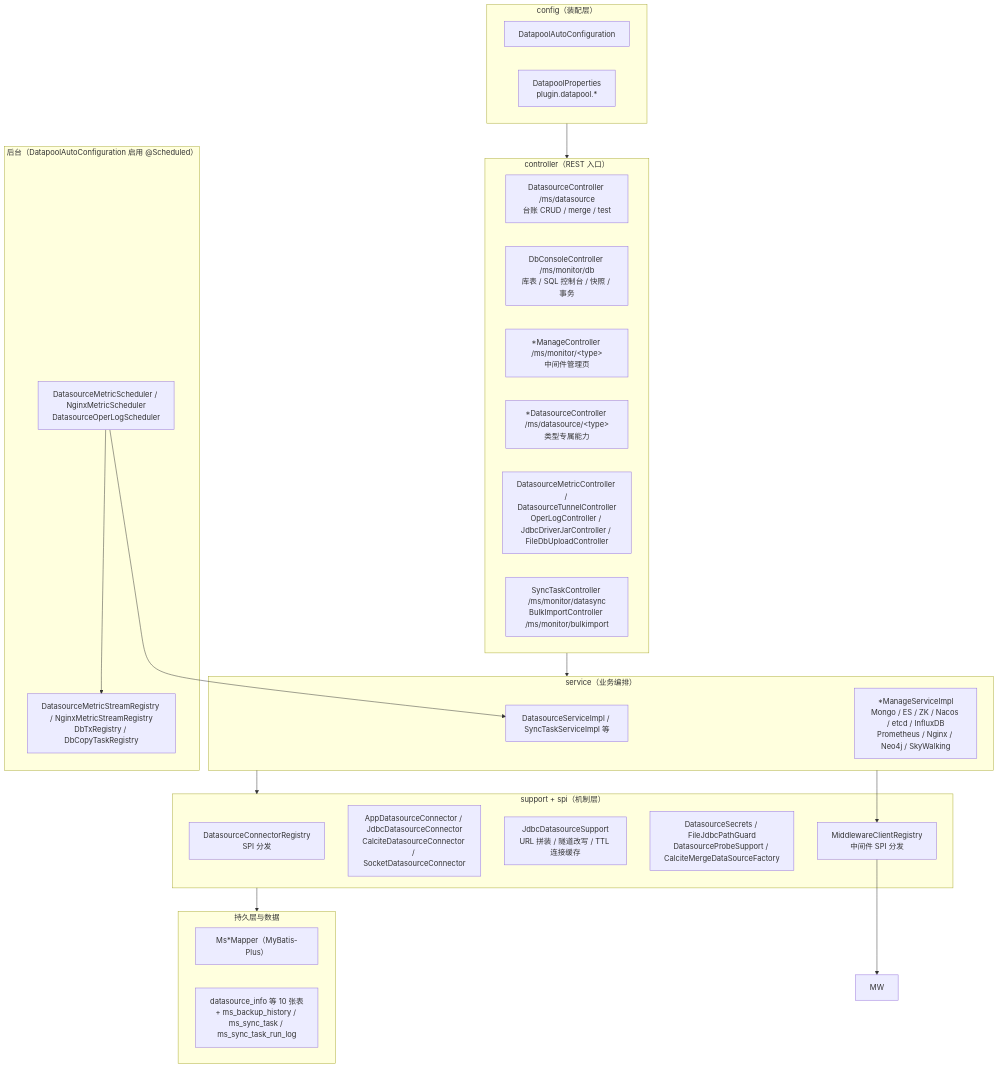
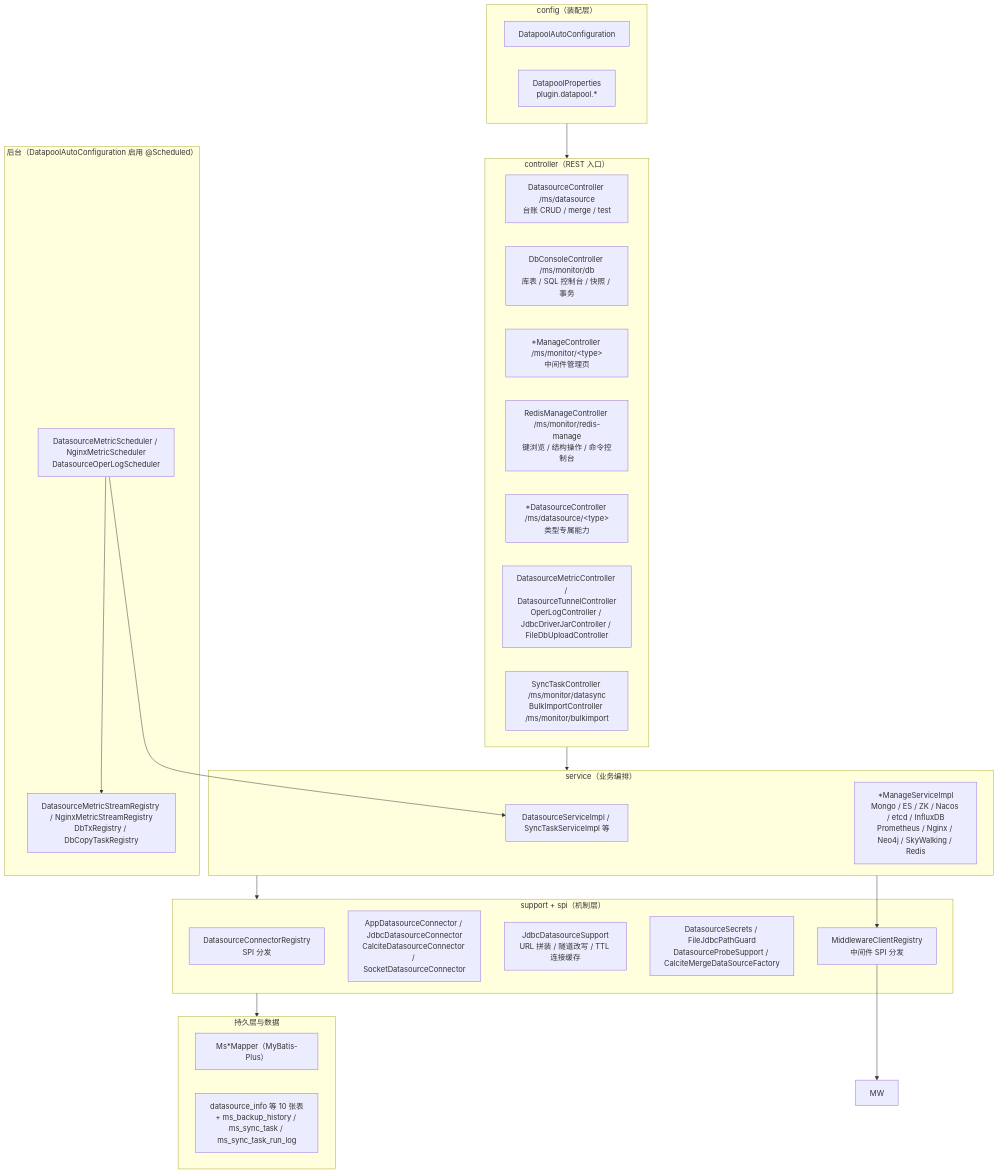
Before and after one commit to CHTK001/spring-support-parent-starter: the second of 5 diagrams in spring-support-datapool-starter/README.md, drawn with Mermaid. The commit also changed other lines of this file and 1151 other files, not shown here.

````diff
--- a/spring-support-datapool-starter/README.md
+++ b/spring-support-datapool-starter/README.md
@@ -53,48 +53,49 @@
 ```mermaid
 flowchart TB
     subgraph cfg["config（装配层）"]
         AC["DatapoolAutoConfiguration"]
         PR["DatapoolProperties<br/>plugin.datapool.*"]
     end
 
     subgraph web["controller（REST 入口）"]
         DC["DatasourceController /ms/datasource<br/>台账 CRUD / merge / test"]
         DBC["DbConsoleController /ms/monitor/db<br/>库表 / SQL 控制台 / 快照 / 事务"]
         MC["*ManageController /ms/monitor/&lt;type&gt;<br/>中间件管理页"]
+        RMC["RedisManageController /ms/monitor/redis-manage<br/>键浏览 / 结构操作 / 命令控制台"]
         TDC["*DatasourceController /ms/datasource/&lt;type&gt;<br/>类型专属能力"]
         OC["DatasourceMetricController / DatasourceTunnelController<br/>OperLogController / JdbcDriverJarController / FileDbUploadController"]
         SYNC["SyncTaskController /ms/monitor/datasync<br/>BulkImportController /ms/monitor/bulkimport"]
     end
 
     subgraph svc["service（业务编排）"]
         SVC["DatasourceServiceImpl / SyncTaskServiceImpl 等"]
-        MSVC["*ManageServiceImpl<br/>Mongo / ES / ZK / Nacos / etcd / InfluxDB<br/>Prometheus / Nginx / Neo4j / SkyWalking"]
+        MSVC["*ManageServiceImpl<br/>Mongo / ES / ZK / Nacos / etcd / InfluxDB<br/>Prometheus / Nginx / Neo4j / SkyWalking / Redis"]
     end
 
     subgraph core["support + spi（机制层）"]
         REG["DatasourceConnectorRegistry<br/>SPI 分发"]
         IMP["AppDatasourceConnector / JdbcDatasourceConnector<br/>CalciteDatasourceConnector / SocketDatasourceConnector"]
         JDS["JdbcDatasourceSupport<br/>URL 拼装 / 隧道改写 / TTL 连接缓存"]
         SEC["DatasourceSecrets / FileJdbcPathGuard<br/>DatasourceProbeSupport / CalciteMergeDataSourceFactory"]
         MREG["MiddlewareClientRegistry<br/>中间件 SPI 分发"]
     end
 
     subgraph store["持久层与数据"]
         MP["Ms*Mapper（MyBatis-Plus）"]
         TB["datasource_info 等 10 张表<br/>+ ms_backup_history / ms_sync_task / ms_sync_task_run_log"]
     end
 
     subgraph bg["后台（DatapoolAutoConfiguration 启用 @Scheduled）"]
         SCH["DatasourceMetricScheduler / NginxMetricScheduler<br/>DatasourceOperLogScheduler"]
         SSE["DatasourceMetricStreamRegistry / NginxMetricStreamRegistry<br/>DbTxRegistry / DbCopyTaskRegistry"]
     end
 
     cfg --> web
     web --> svc
     svc --> core
     core --> store
     svc --> MREG
     MREG --> MW
     SCH --> SSE
     SCH --> SVC
 ```
````
